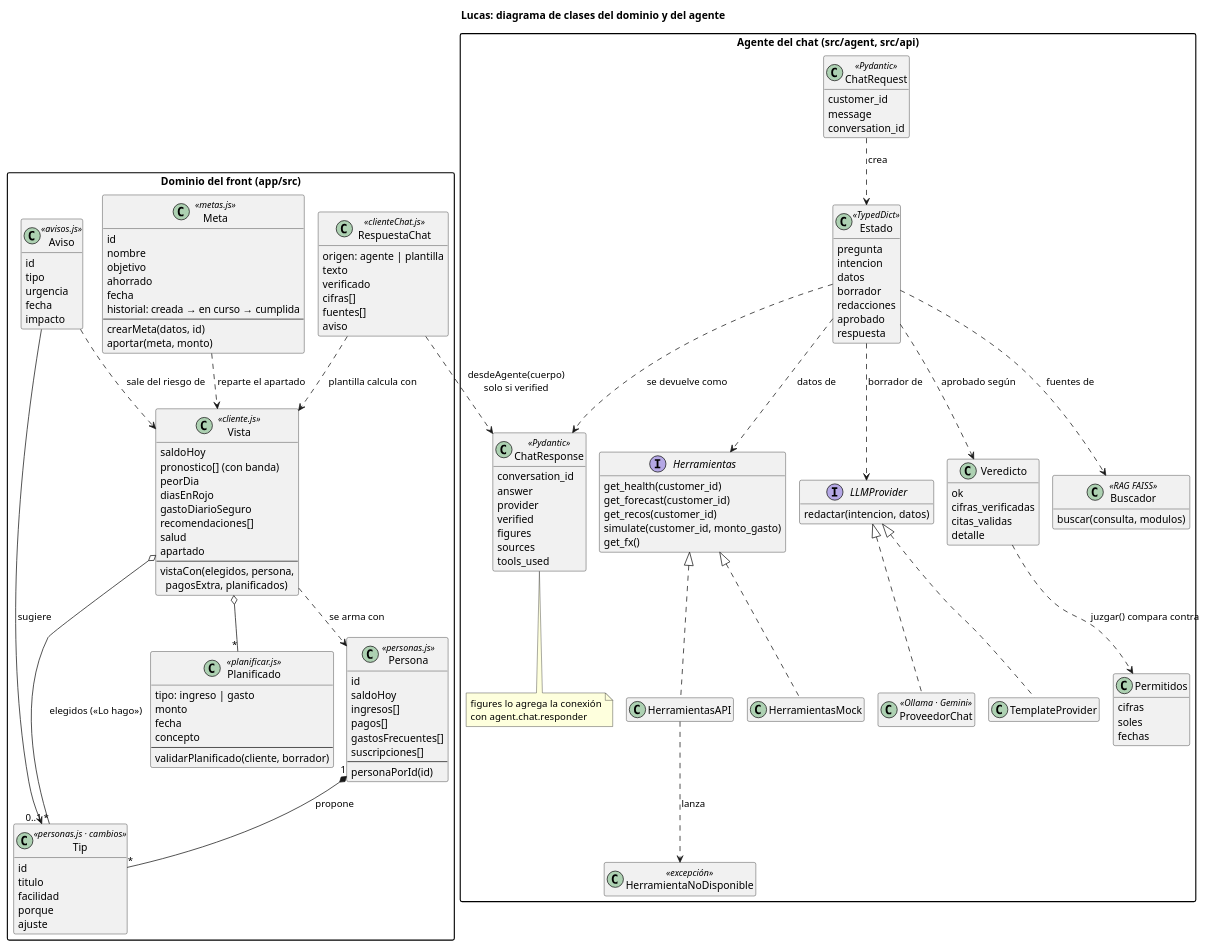
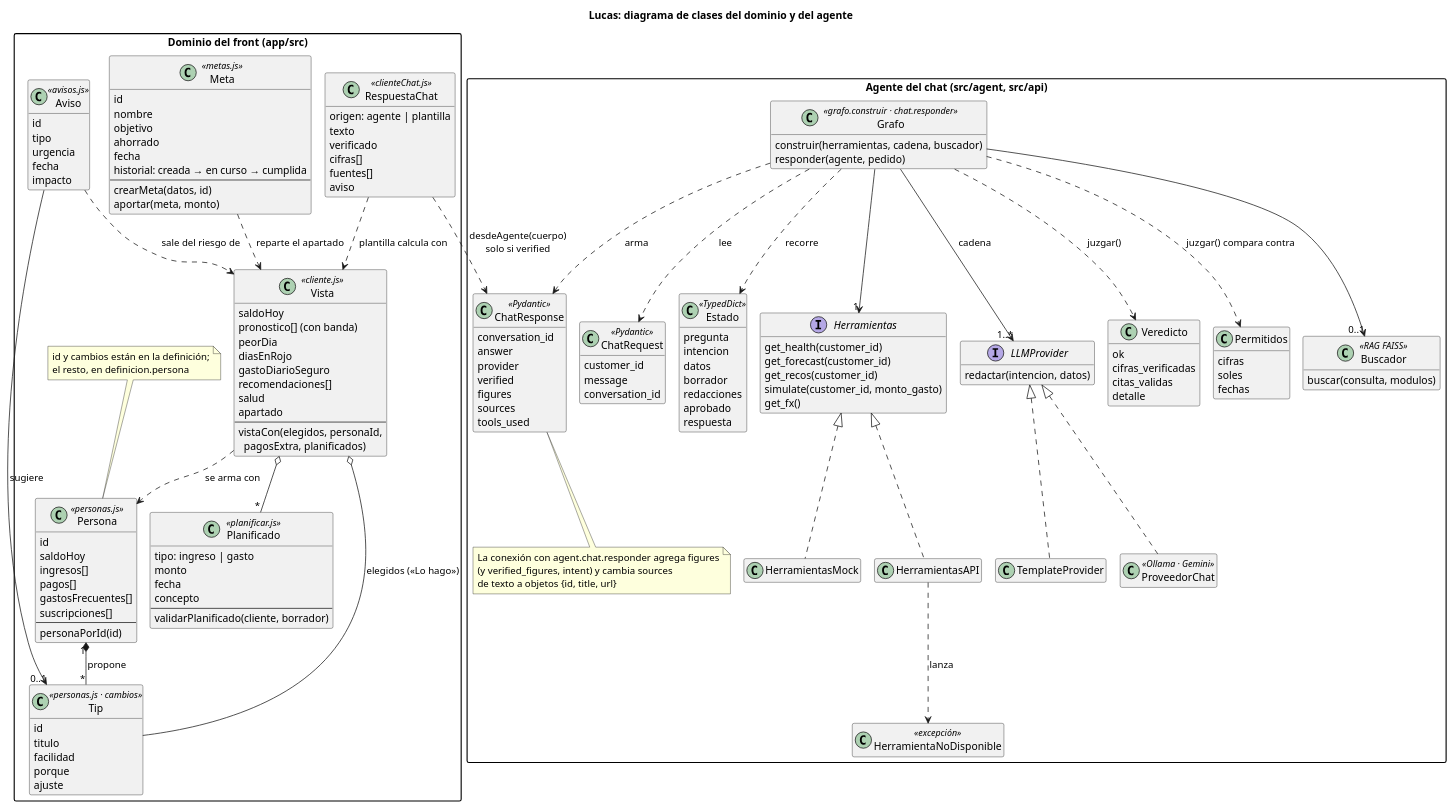
One commit to Nakusuo/Hackathon-BBVA-2026 changed the diagram in docs/diagramas/clases.puml. Above: the diagram before and after it, drawn with PlantUML. The commit also changed 7 other files, not shown here.

Commit message:
docs(arq): diagramas UML fieles al grafo del agente, SVG exportados y veredicto

```diff
--- a/docs/diagramas/clases.puml
+++ b/docs/diagramas/clases.puml
@@ -2,158 +2,164 @@
 @startuml clases
 !pragma layout smetana
 hide empty members
 skinparam packageStyle rectangle
 
 title Lucas: diagrama de clases del dominio y del agente
 
 package "Dominio del front (app/src)" {
   class Persona <<personas.js>> {
     id
     saldoHoy
     ingresos[]
     pagos[]
     gastosFrecuentes[]
     suscripciones[]
     --
     personaPorId(id)
   }
   class Tip <<personas.js · cambios>> {
     id
     titulo
     facilidad
     porque
     ajuste
   }
   class Planificado <<planificar.js>> {
     tipo: ingreso | gasto
     monto
     fecha
     concepto
     --
     validarPlanificado(cliente, borrador)
   }
   class Vista <<cliente.js>> {
     saldoHoy
     pronostico[] (con banda)
     peorDia
     diasEnRojo
     gastoDiarioSeguro
     recomendaciones[]
     salud
     apartado
     --
-    vistaCon(elegidos, persona,\n  pagosExtra, planificados)
+    vistaCon(elegidos, personaId,\n  pagosExtra, planificados)
   }
   class Meta <<metas.js>> {
     id
     nombre
     objetivo
     ahorrado
     fecha
     historial: creada → en curso → cumplida
     --
     crearMeta(datos, id)
     aportar(meta, monto)
   }
   class Aviso <<avisos.js>> {
     id
     tipo
     urgencia
     fecha
     impacto
   }
   class RespuestaChat <<clienteChat.js>> {
     origen: agente | plantilla
     texto
     verificado
     cifras[]
     fuentes[]
     aviso
   }
 
+  note top of Persona : id y cambios están en la definición;\nel resto, en definicion.persona
   Persona "1" *-- "*" Tip : propone
   Vista ..> Persona : se arma con
-  Vista o-- "*" Tip : elegidos («Lo hago»)
+  Vista o-- Tip : elegidos («Lo hago»)
   Vista o-- "*" Planificado
   Meta ..> Vista : reparte el apartado
   Aviso ..> Vista : sale del riesgo de
   Aviso --> "0..1" Tip : sugiere
   RespuestaChat ..> Vista : plantilla calcula con
 }
 
 package "Agente del chat (src/agent, src/api)" {
   class ChatRequest <<Pydantic>> {
     customer_id
     message
     conversation_id
   }
   class ChatResponse <<Pydantic>> {
     conversation_id
     answer
     provider
     verified
     figures
     sources
     tools_used
   }
-  note bottom of ChatResponse : figures lo agrega la conexión\ncon agent.chat.responder
+  note bottom of ChatResponse : La conexión con agent.chat.responder agrega figures\n(y verified_figures, intent) y cambia sources\nde texto a objetos {id, title, url}
 
   class Estado <<TypedDict>> {
     pregunta
     intencion
     datos
     borrador
     redacciones
     aprobado
     respuesta
   }
 
   interface Herramientas {
     get_health(customer_id)
     get_forecast(customer_id)
     get_recos(customer_id)
     simulate(customer_id, monto_gasto)
     get_fx()
   }
   class HerramientasAPI
   class HerramientasMock
   class HerramientaNoDisponible <<excepción>>
 
   interface LLMProvider {
     redactar(intencion, datos)
   }
   class ProveedorChat <<Ollama · Gemini>>
   class TemplateProvider
 
   class Veredicto {
     ok
     cifras_verificadas
     citas_validas
     detalle
   }
   class Permitidos {
     cifras
     soles
     fechas
   }
   class Buscador <<RAG FAISS>> {
     buscar(consulta, modulos)
   }
 
   Herramientas <|.. HerramientasAPI
   Herramientas <|.. HerramientasMock
   HerramientasAPI ..> HerramientaNoDisponible : lanza
   LLMProvider <|.. ProveedorChat
   LLMProvider <|.. TemplateProvider
-  ChatRequest ..> Estado : crea
-  Estado ..> Herramientas : datos de
-  Estado ..> LLMProvider : borrador de
-  Estado ..> Buscador : fuentes de
-  Veredicto ..> Permitidos : juzgar() compara contra
-  Estado ..> Veredicto : aprobado según
-  Estado ..> ChatResponse : se devuelve como
+  class Grafo <<grafo.construir · chat.responder>> {
+    construir(herramientas, cadena, buscador)
+    responder(agente, pedido)
+  }
+  Grafo --> "1" Herramientas
+  Grafo --> "1..*" LLMProvider : cadena
+  Grafo --> "0..1" Buscador
+  Grafo ..> Estado : recorre
+  Grafo ..> ChatRequest : lee
+  Grafo ..> ChatResponse : arma
+  Grafo ..> Veredicto : juzgar()
+  Grafo ..> Permitidos : juzgar() compara contra
 }
 
 RespuestaChat ..> ChatResponse : desdeAgente(cuerpo)\nsolo si verified
 
 @enduml
```
